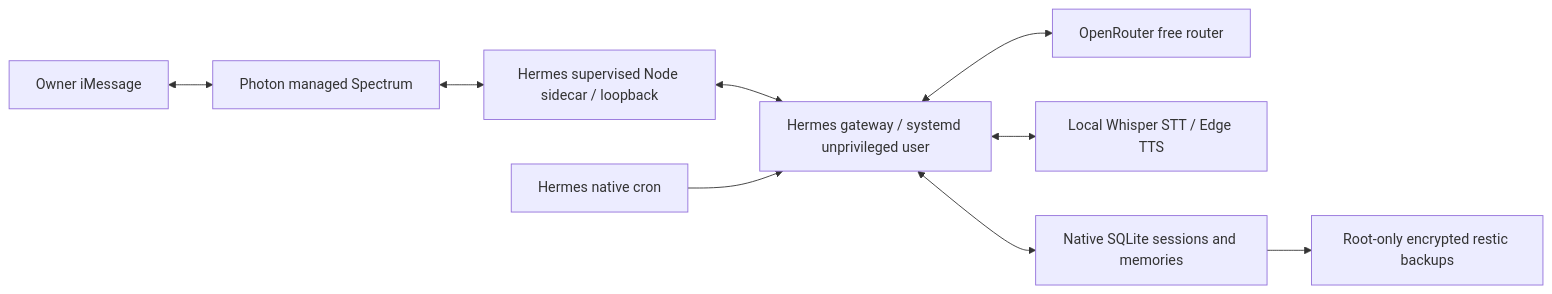
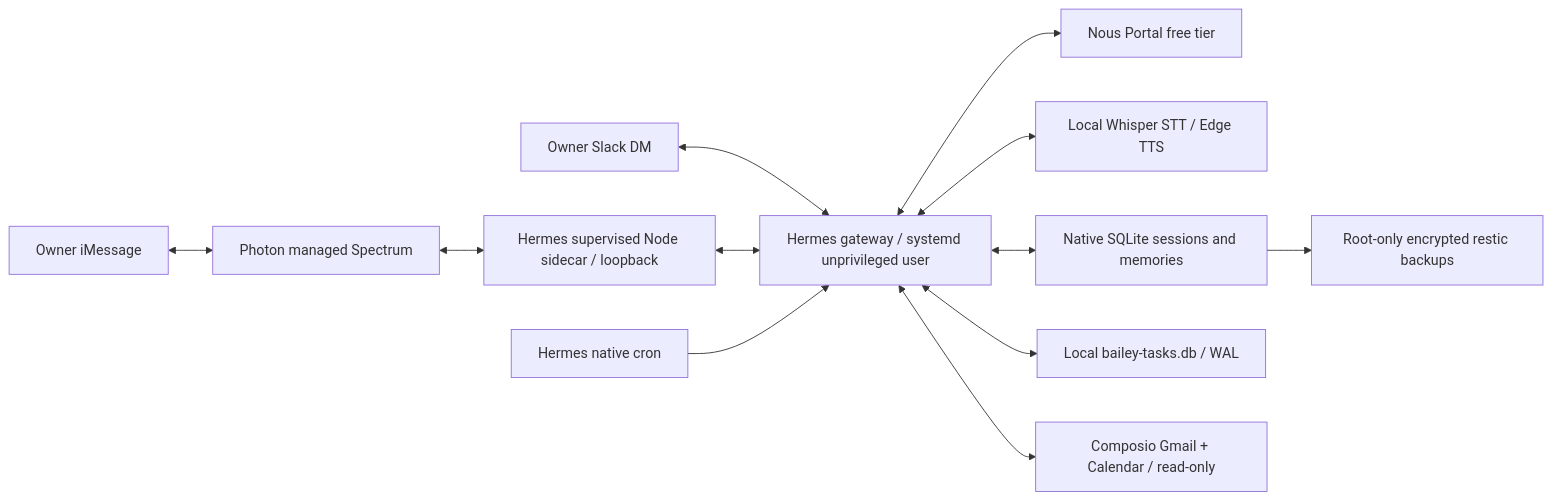
The diagram in docs/ARCHITECTURE.md (nonyonah/bailey-agent), drawn with Mermaid before and after one commit. The commit also changed other lines of this file and 33 other files, not shown here.

Commit message:
Add operator-approved Gmail and Calendar proposals with verified draft flow

````diff
--- a/docs/ARCHITECTURE.md
+++ b/docs/ARCHITECTURE.md
@@ -8,11 +8,14 @@
 ```mermaid
 flowchart LR
   Owner[Owner iMessage] <--> Photon[Photon managed Spectrum]
+  Slack[Owner Slack DM] <--> Gateway
   Photon <--> Node[Hermes supervised Node sidecar / loopback]
   Node <--> Gateway[Hermes gateway / systemd unprivileged user]
-  Gateway <--> Model[OpenRouter free router]
+  Gateway <--> Model[Nous Portal free tier]
   Gateway <--> Voice[Local Whisper STT / Edge TTS]
   Gateway <--> State[Native SQLite sessions and memories]
+  Gateway <--> Tasks[Local bailey-tasks.db / WAL]
+  Gateway <--> Accounts[Composio Gmail + Calendar / read-only]
   Cron[Hermes native cron] --> Gateway
   State --> Backup[Root-only encrypted restic backups]
 ```
````
